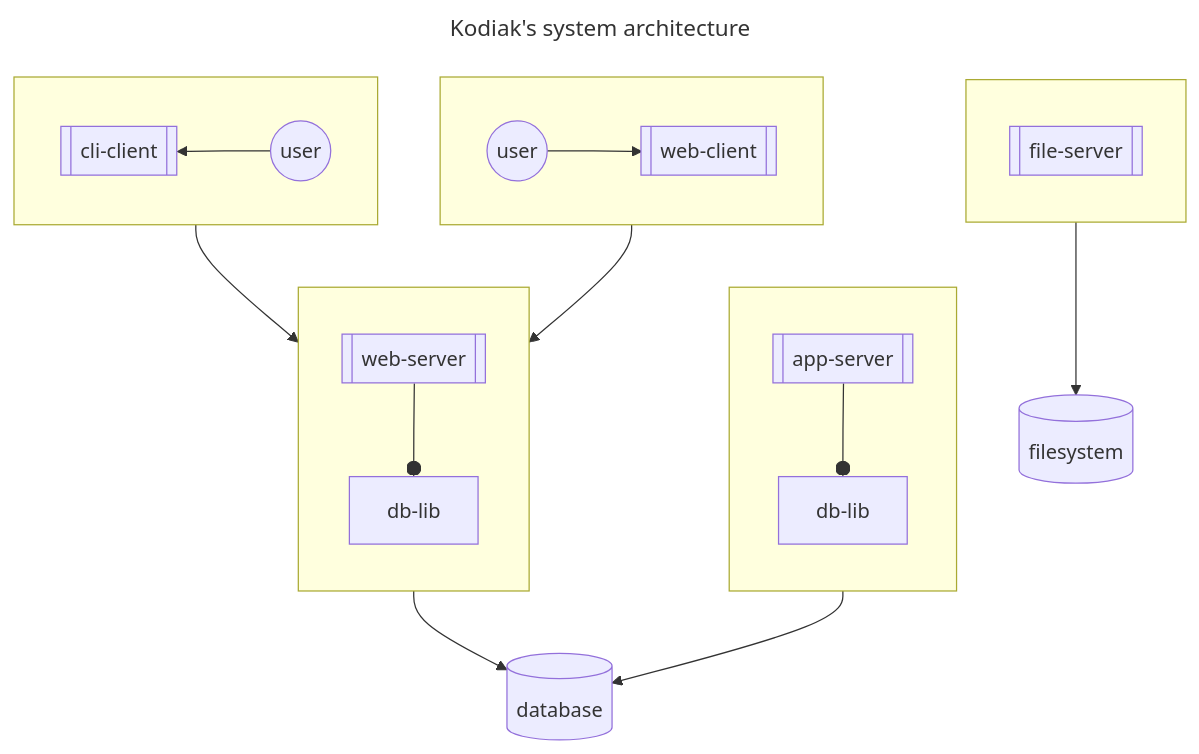
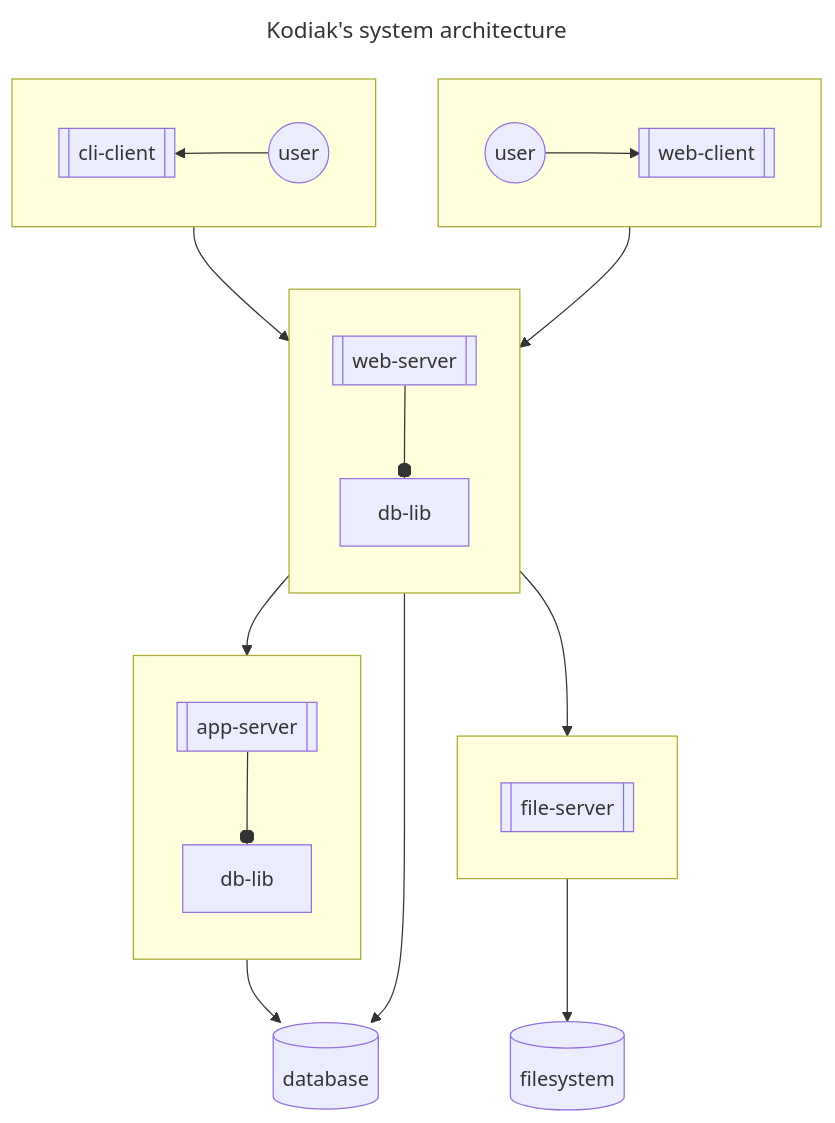
One commit to polarlabs/kodiak-diagrams changed the first of 2 diagrams in SYSTEM-ARCHITECTURE.md. Above: the diagram before and after it, drawn with Mermaid.

Commit message:
add: arrows.

````diff
--- a/SYSTEM-ARCHITECTURE.md
+++ b/SYSTEM-ARCHITECTURE.md
@@ -5,32 +5,34 @@
 ```mermaid
 ---
 title: Kodiak's system architecture
 ---
 flowchart TB
   direction TB
   subgraph user-web[ ]
     direction LR
     web-user((user)) --> web-client[[web-client]]
   end
   subgraph user-cli[ ]
     direction RL
     cli-user((user)) --> cli-client[[cli-client]]
   end
   subgraph file-server[ ]
     direction TB
     file-server.pro[[file-server]]
   end
   subgraph web-server[ ]
     direction TB
     web-server.pro[[web-server]] --o web-server.db-lib[db-lib]
   end
   subgraph app-server[ ]
     direction TB
     app-server.pro[[app-server]] --o app-server.db-lib[db-lib]
   end
   web-client --> web-server
   cli-client --> web-server
+  web-server.pro --> file-server.pro
+  web-server.pro --> app-server.pro
   file-server --> filesystem[(filesystem)]
   web-server --> database[(database)]
   app-server --> database[(database)]
 ```
````
